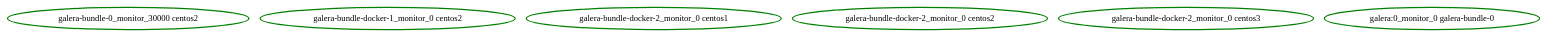
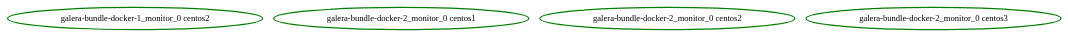
The diagram in cts/scheduler/bundle-probe-order-2.dot (ClusterLabs/pacemaker), drawn with Graphviz before and after one commit. The commit also changed 2 other files, not shown here.

Commit message:
Test: scheduler: update bundle test for action check changes
Not entirely sure how the changes improved this, but it did: previously, a
recurring monitor was scheduled for a stopped remote connection that isn't
going to be started, as well as a probe for a resource behind the remote. Now,
it correctly does not schedule these.

```diff
--- a/cts/scheduler/bundle-probe-order-2.dot
+++ b/cts/scheduler/bundle-probe-order-2.dot
@@ -1,8 +1,6 @@
 digraph "g" {
-"galera-bundle-0_monitor_30000 centos2" [ style=bold color="green" fontcolor="black"]
 "galera-bundle-docker-1_monitor_0 centos2" [ style=bold color="green" fontcolor="black"]
 "galera-bundle-docker-2_monitor_0 centos1" [ style=bold color="green" fontcolor="black"]
 "galera-bundle-docker-2_monitor_0 centos2" [ style=bold color="green" fontcolor="black"]
 "galera-bundle-docker-2_monitor_0 centos3" [ style=bold color="green" fontcolor="black"]
-"galera:0_monitor_0 galera-bundle-0" [ style=bold color="green" fontcolor="black"]
 }
```
